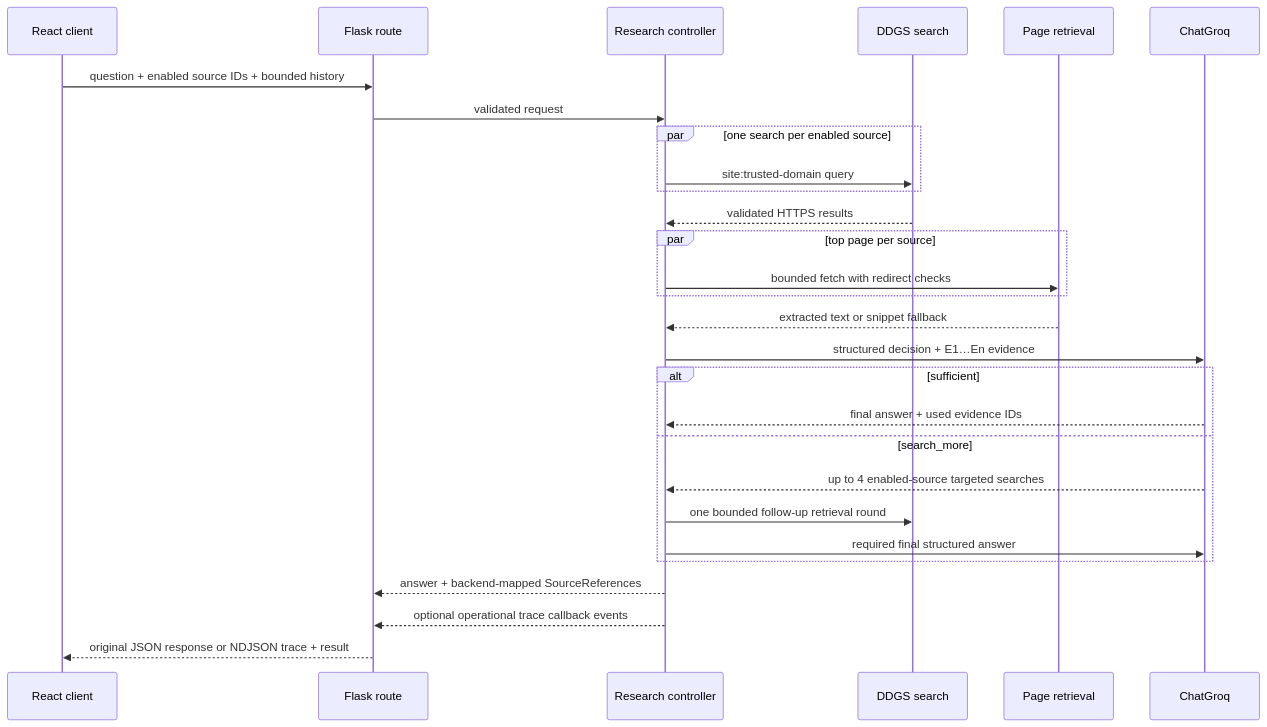
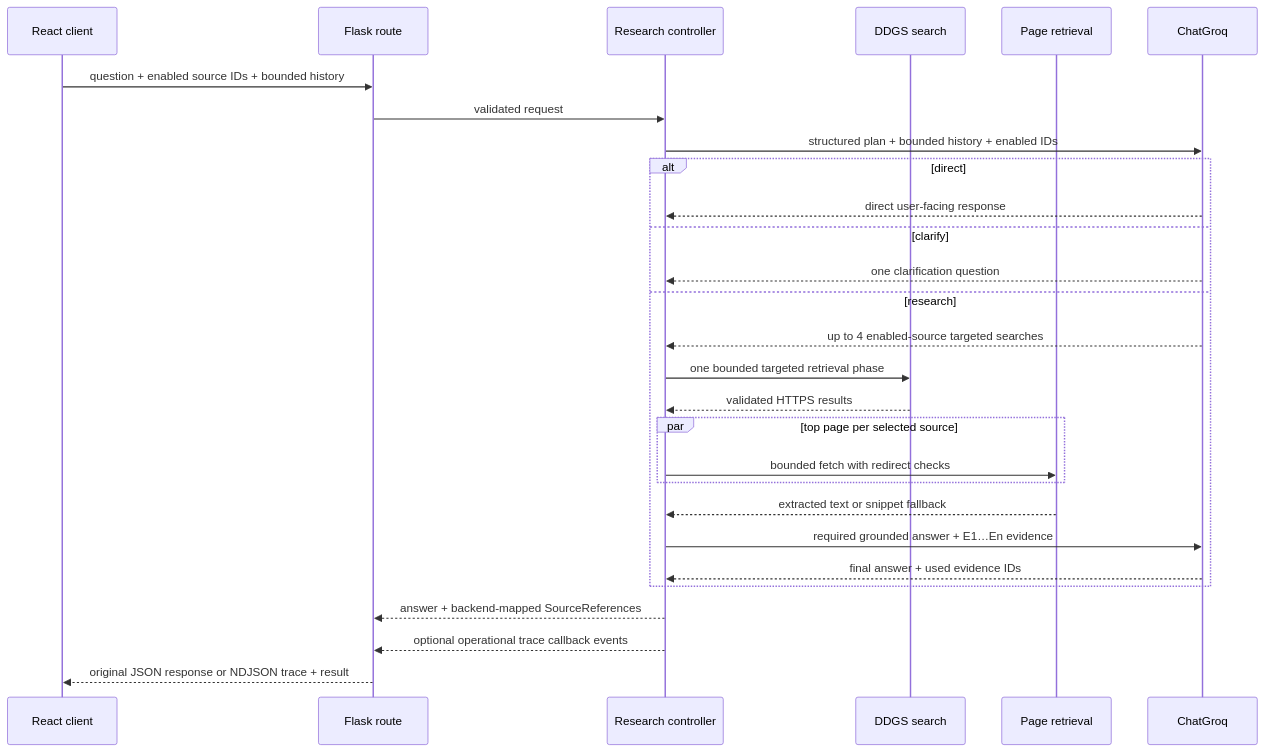
Before and after one commit to ec-026/medivita: the diagram in docs/architecture.md, drawn with Mermaid. The commit also changed other lines of this file and 20 other files, not shown here.

````diff
--- a/docs/architecture.md
+++ b/docs/architecture.md
@@ -11,30 +11,30 @@
 ```mermaid
 sequenceDiagram
   participant UI as React client
   participant API as Flask route
   participant R as Research controller
   participant S as DDGS search
   participant P as Page retrieval
   participant L as ChatGroq
   UI->>API: question + enabled source IDs + bounded history
   API->>R: validated request
-  par one search per enabled source
-    R->>S: site:trusted-domain query
-  end
-  S-->>R: validated HTTPS results
-  par top page per source
-    R->>P: bounded fetch with redirect checks
-  end
-  P-->>R: extracted text or snippet fallback
-  R->>L: structured decision + E1…En evidence
-  alt sufficient
+  R->>L: structured plan + bounded history + enabled IDs
+  alt direct
+    L-->>R: direct user-facing response
+  else clarify
+    L-->>R: one clarification question
+  else research
+    L-->>R: up to 4 enabled-source targeted searches
+    R->>S: one bounded targeted retrieval phase
+    S-->>R: validated HTTPS results
+    par top page per selected source
+      R->>P: bounded fetch with redirect checks
+    end
+    P-->>R: extracted text or snippet fallback
+    R->>L: required grounded answer + E1…En evidence
     L-->>R: final answer + used evidence IDs
-  else search_more
-    L-->>R: up to 4 enabled-source targeted searches
-    R->>S: one bounded follow-up retrieval round
-    R->>L: required final structured answer
   end
   R-->>API: answer + backend-mapped SourceReferences
   R-->>API: optional operational trace callback events
   API-->>UI: original JSON response or NDJSON trace + result
 ```
````
